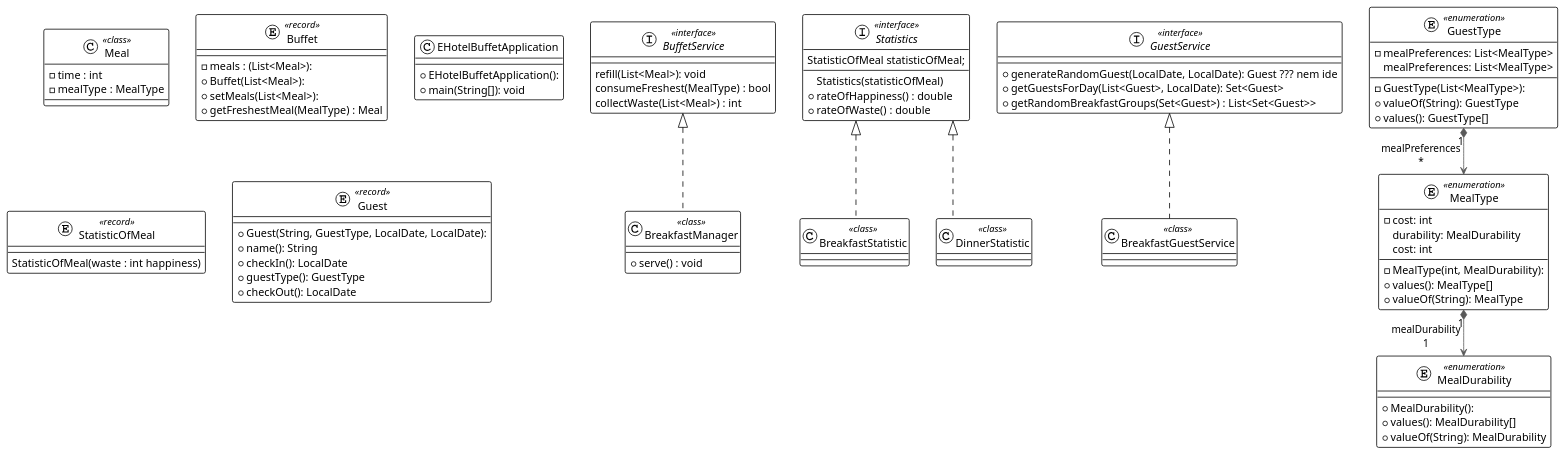
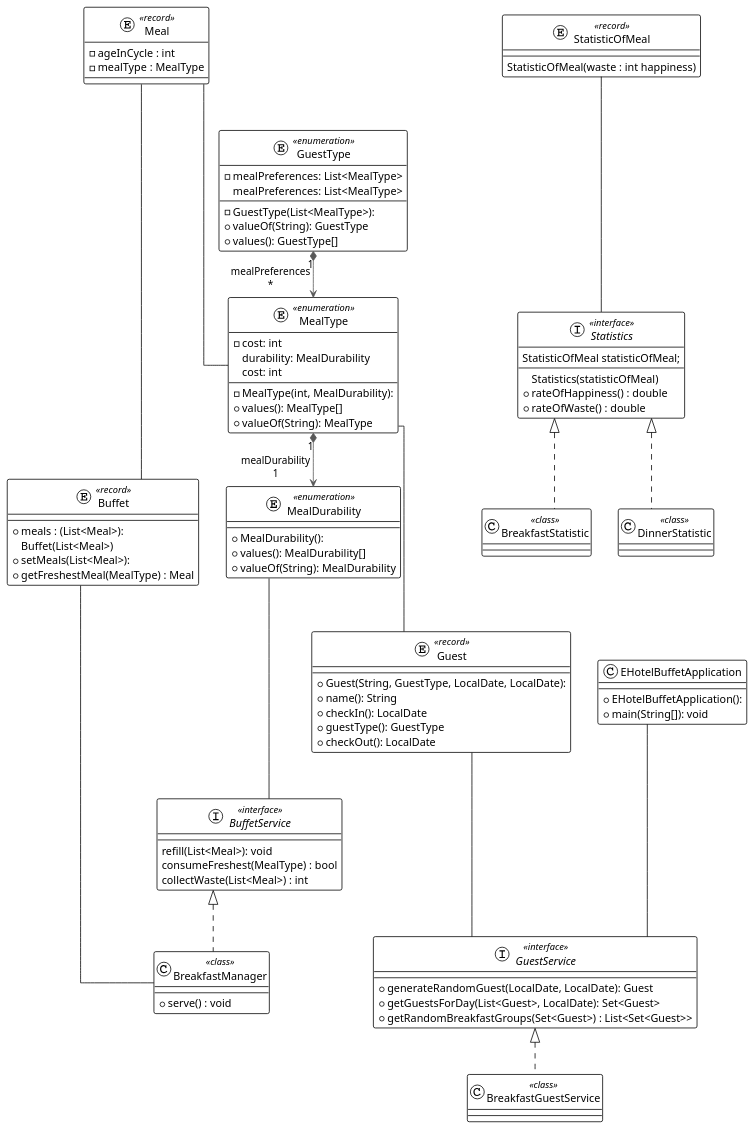
One commit to CodecoolGlobal/ehotel-buffet-java-MateWagner changed the diagram in src/main/java/com/codecool/ehotel/HotelBuffetService.puml. Above: the diagram before and after it, drawn with PlantUML.

Commit message:
feat: Uml Diagram

```diff
--- a/src/main/java/com/codecool/ehotel/HotelBuffetService.puml
+++ b/src/main/java/com/codecool/ehotel/HotelBuffetService.puml
@@ -1,84 +1,94 @@
 @startuml
 
 !theme plain
 top to bottom direction
 skinparam linetype ortho
 
-class Meal <<class>> {
-- time : int
+entity Meal <<record>> {
+- ageInCycle : int
 - mealType : MealType
 }
 
 entity Buffet << record >> {
-- meals : (List<Meal>):
-  + Buffet(List<Meal>):
++ meals : (List<Meal>):
+   Buffet(List<Meal>)
   + setMeals(List<Meal>):
   + getFreshestMeal(MealType) : Meal
 }
 interface BuffetService << interface >>{
 refill(List<Meal>): void
 consumeFreshest(MealType) : bool
 collectWaste(List<Meal>) : int
 }
 
 class EHotelBuffetApplication {
   + EHotelBuffetApplication():
   + main(String[]): void
 }
 entity StatisticOfMeal << record >>{
 StatisticOfMeal(waste : int happiness)
 }
 class BreakfastStatistic << class >> implements Statistics {
 
 }
 class DinnerStatistic << class >> implements Statistics {
 
 }
 interface Statistics << interface >> {
     StatisticOfMeal statisticOfMeal;
     Statistics(statisticOfMeal)
 + rateOfHappiness() : double
 + rateOfWaste() : double
 }
 class BreakfastManager << class >> implements BuffetService {
  + serve() : void
 
 }
 entity Guest << record >> {
   + Guest(String, GuestType, LocalDate, LocalDate):
   + name(): String
   + checkIn(): LocalDate
   + guestType(): GuestType
   + checkOut(): LocalDate
 }
 class BreakfastGuestService << class >> implements GuestService{
 }
 interface GuestService << interface >> {
-  + generateRandomGuest(LocalDate, LocalDate): Guest ??? nem ide
+  + generateRandomGuest(LocalDate, LocalDate): Guest
   + getGuestsForDay(List<Guest>, LocalDate): Set<Guest>
   + getRandomBreakfastGroups(Set<Guest>) : List<Set<Guest>>
 }
 enum GuestType << enumeration >> {
   - GuestType(List<MealType>):
   - mealPreferences: List<MealType>
   + valueOf(String): GuestType
   + values(): GuestType[]
    mealPreferences: List<MealType>
 }
 enum MealDurability << enumeration >> {
   + MealDurability():
   + values(): MealDurability[]
   + valueOf(String): MealDurability
 }
 enum MealType << enumeration >> {
   - MealType(int, MealDurability):
   - cost: int
   + values(): MealType[]
   + valueOf(String): MealType
    durability: MealDurability
    cost: int
 }
+Meal --- Buffet
+Meal --- MealType
+Buffet --- BreakfastManager
+EHotelBuffetApplication --- GuestService
+StatisticOfMeal --- Statistics
+Guest --- GuestService
+MealType --- Guest
+MealDurability --- BuffetService
+
 
 GuestType               "1" *-[#595959,plain]-> "mealPreferences\n*" MealType
 MealType                "1" *-[#595959,plain]-> "mealDurability\n1" MealDurability
+
 @enduml
```
